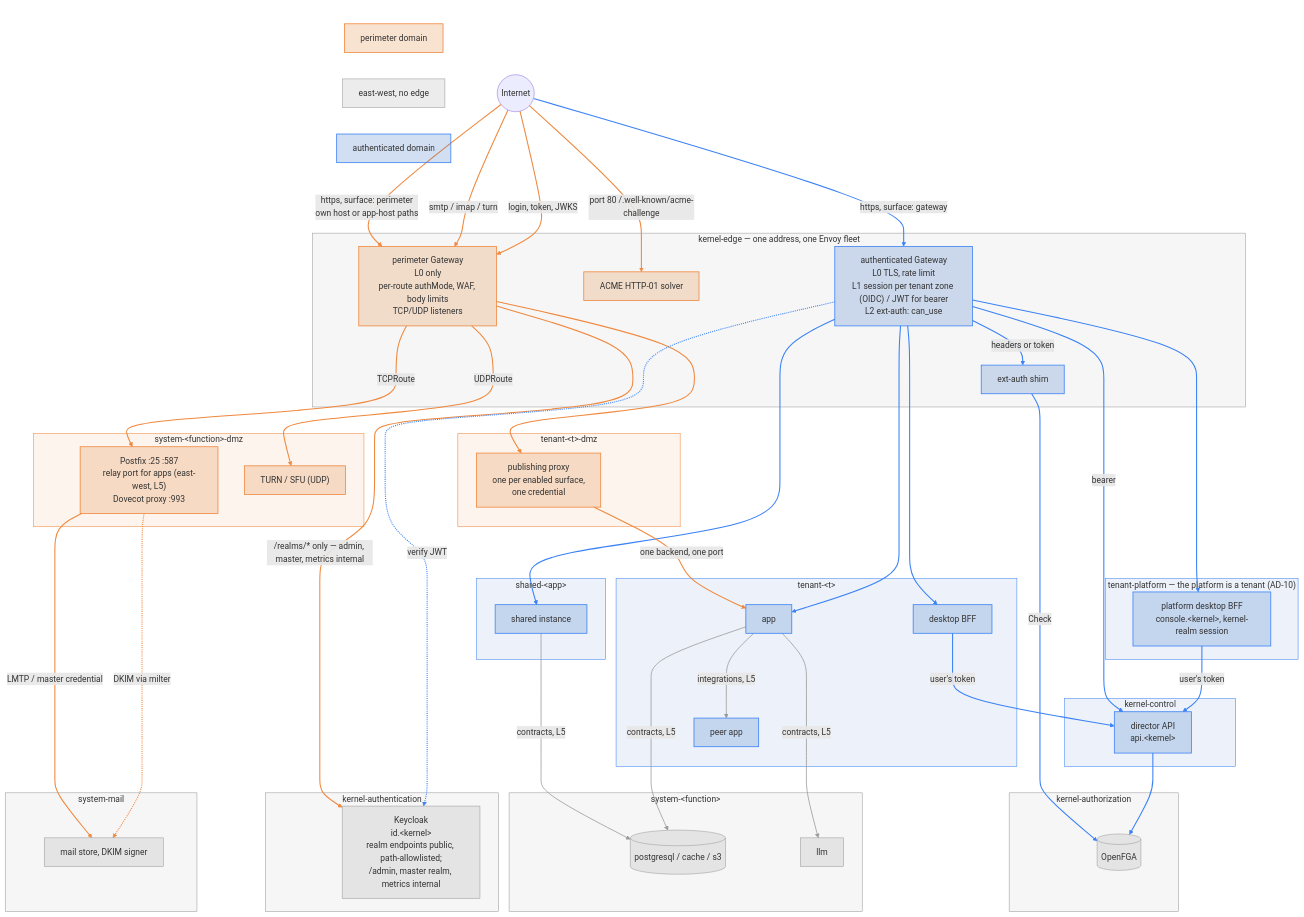
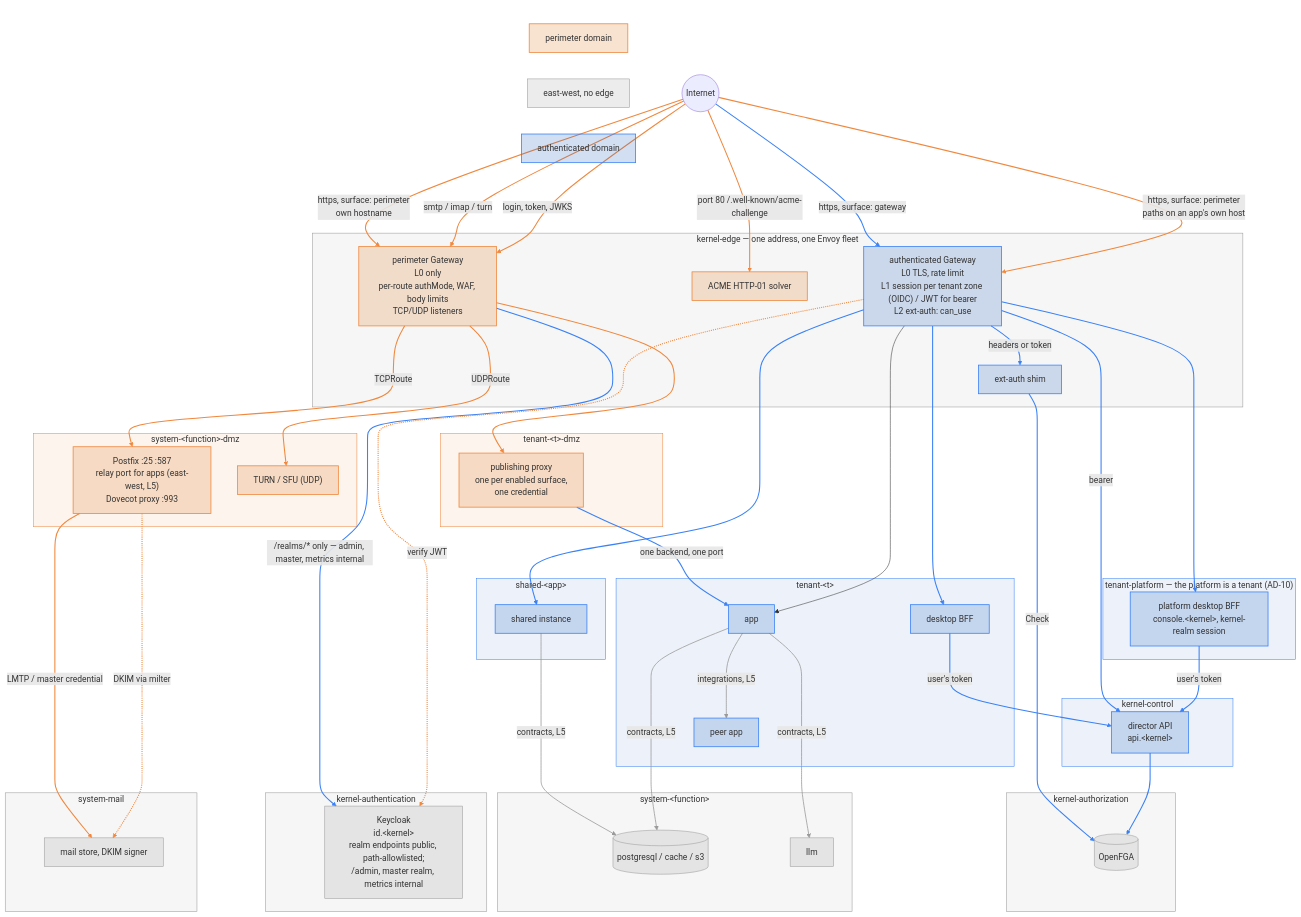
One commit to gentian-org/gentian-os changed the diagram in docs/plans/networking.md. Above: the diagram before and after it, drawn with Mermaid. The commit also changed other lines of this file and 7 other files, not shown here.

```diff
--- a/docs/plans/networking.md
+++ b/docs/plans/networking.md
@@ -134,7 +145,8 @@
     APP -->|"contracts, L5"| DB
     APP -->|"contracts, L5"| LLM
     APP -->|"integrations, L5"| PEER
-    NET -->|"https, surface: perimeter<br/>own host or app-host paths"| PG
+    NET -->|"https, surface: perimeter<br/>own hostname"| PG
+    NET -->|"https, surface: perimeter<br/>paths on an app's own host"| AG
     NET -->|"smtp / imap / turn"| PG
     NET -->|"port 80 /.well-known/acme-challenge"| ACME
     NET -->|"login, token, JWKS"| PG
```
